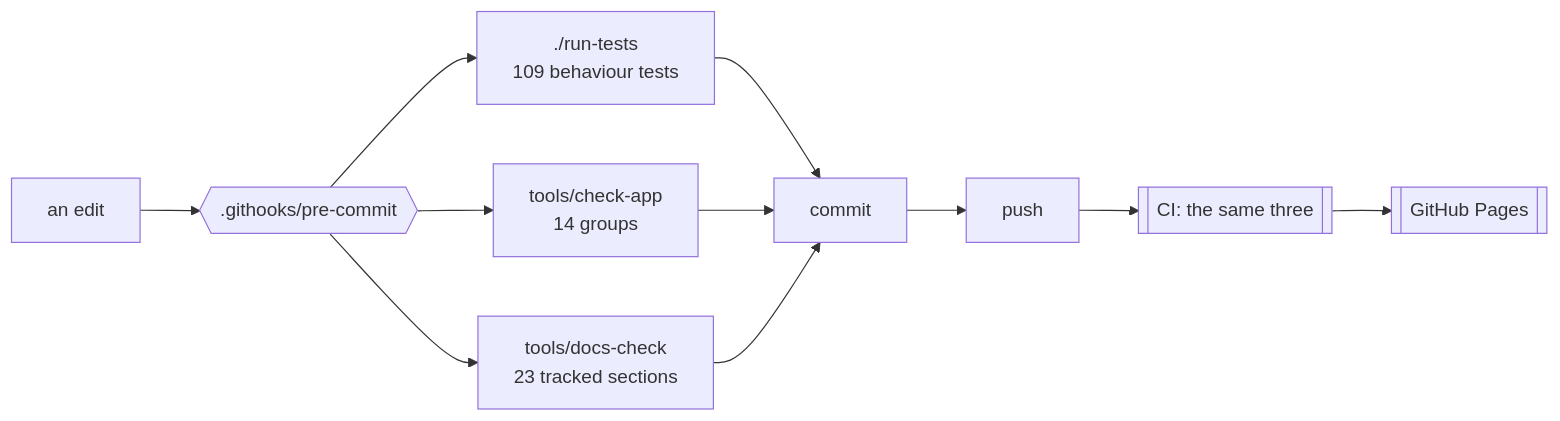
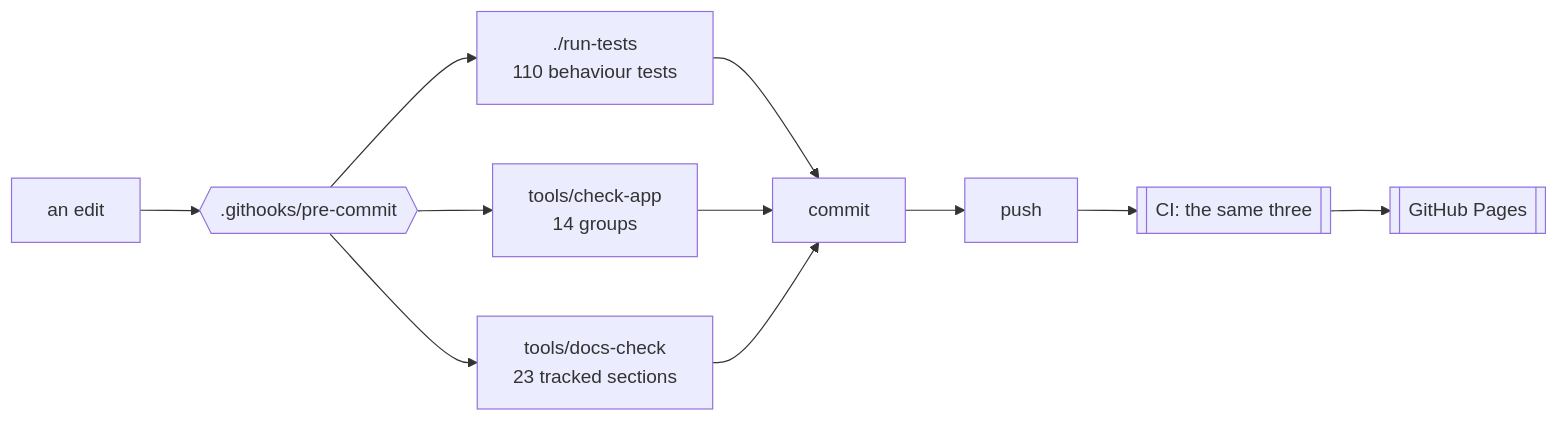
Before and after one commit to minormending/crystal-pilot-mobile: the diagram in docs/DEVELOPING.md, drawn with Mermaid. The commit also changed other lines of this file and 7 other files, not shown here.

````diff
--- a/docs/DEVELOPING.md
+++ b/docs/DEVELOPING.md
@@ -15,12 +15,12 @@
 ```mermaid
 flowchart LR
     E[an edit] --> H{{".githooks/pre-commit"}}
-    H --> T["./run-tests<br/>109 behaviour tests"]
+    H --> T["./run-tests<br/>110 behaviour tests"]
     H --> C["tools/check-app<br/>14 groups"]
     H --> D["tools/docs-check<br/>23 tracked sections"]
     T --> OK[commit]
     C --> OK
     D --> OK
     OK --> P[push] --> CI[["CI: the same three"]]
     CI --> PG[[GitHub Pages]]
 ```
````
